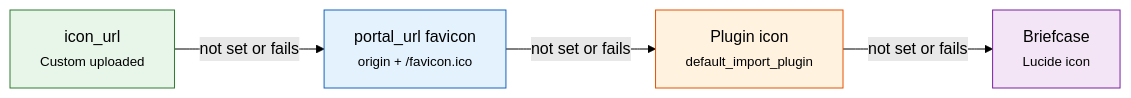
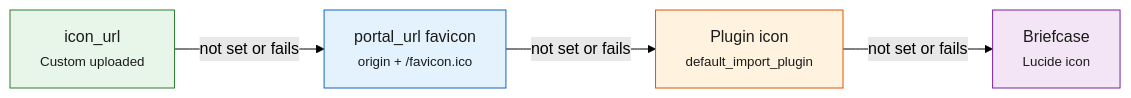
Before and after one commit to Librefolio/LibreFolio: the diagram in mkdocs_src/docs/developer/frontend/components/features/brokers/forms.md, drawn with Mermaid (forest theme). The commit also changed 3 other files, not shown here.

Commit message:
fix(docs): diagram text colour in the brokers and lots pages

````diff
--- a/mkdocs_src/docs/developer/frontend/components/features/brokers/forms.md
+++ b/mkdocs_src/docs/developer/frontend/components/features/brokers/forms.md
@@ -89,11 +89,11 @@
 ```mermaid
 graph LR
     A["icon_url<br/><small>Custom uploaded</small>"] -->|not set or fails| B["portal_url favicon<br/><small>origin + /favicon.ico</small>"]
     B -->|not set or fails| C["Plugin icon<br/><small>default_import_plugin</small>"]
     C -->|not set or fails| D["Briefcase<br/><small>Lucide icon</small>"]
 
-    style A fill:#e8f5e9,stroke:#2e7d32
-    style B fill:#e3f2fd,stroke:#1565c0
-    style C fill:#fff3e0,stroke:#e65100
-    style D fill:#f3e5f5,stroke:#7b1fa2
+    style A fill:#e8f5e9,color:#1b1b1b,stroke:#2e7d32
+    style B fill:#e3f2fd,color:#1b1b1b,stroke:#1565c0
+    style C fill:#fff3e0,color:#1b1b1b,stroke:#e65100
+    style D fill:#f3e5f5,color:#1b1b1b,stroke:#7b1fa2
 ```
````
